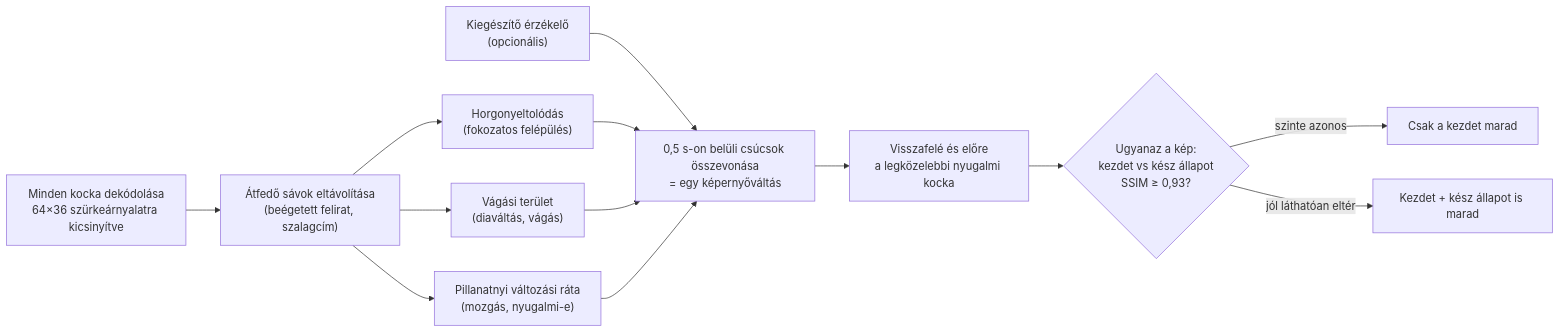
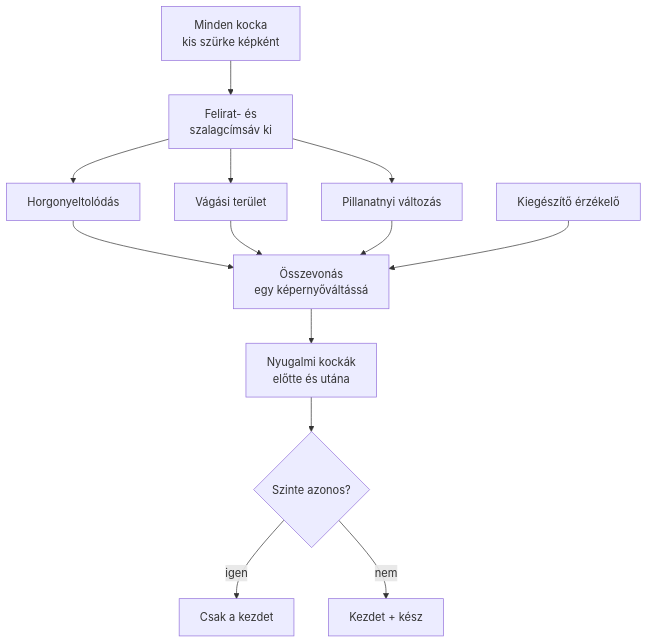
One commit to songyang8964/video-notes changed the fifth of 7 diagrams in README.hu.md. Above: the diagram before and after it, drawn with Mermaid. The commit also changed other lines of this file and 2 other files, not shown here.

Commit message:
README: usage first, short diagram labels, timeline as a table

````diff
--- a/README.hu.md
+++ b/README.hu.md
@@ -143,13 +366,13 @@
 ```mermaid
-flowchart LR
-    F["Minden kocka dekódolása<br/>64×36 szürkeárnyalatra kicsinyítve"] --> B["Átfedő sávok eltávolítása<br/>(beégetett felirat, szalagcím)"]
-    B --> S1["Horgonyeltolódás<br/>(fokozatos felépülés)"]
-    B --> S2["Vágási terület<br/>(diaváltás, vágás)"]
-    B --> S3["Pillanatnyi változási ráta<br/>(mozgás, nyugalmi-e)"]
-    AD["Kiegészítő érzékelő<br/>(opcionális)"] --> M
-    S1 & S2 & S3 --> M["0,5 s-on belüli csúcsok összevonása<br/>= egy képernyőváltás"]
-    M --> E["Visszafelé és előre<br/>a legközelebbi nyugalmi kocka"]
-    E --> K{"Ugyanaz a kép:<br/>kezdet vs kész állapot<br/>SSIM ≥ 0,93?"}
-    K -- szinte azonos --> ONE["Csak a kezdet marad"]
-    K -- jól láthatóan eltér --> TWO["Kezdet + kész állapot is marad"]
+flowchart TD
+    F["Minden kocka<br/>kis szürke képként"] --> B["Felirat- és<br/>szalagcímsáv ki"]
+    B --> S1["Horgonyeltolódás"]
+    B --> S2["Vágási terület"]
+    B --> S3["Pillanatnyi változás"]
+    S1 & S2 & S3 --> M["Összevonás<br/>egy képernyőváltássá"]
+    AD["Kiegészítő érzékelő"] --> M
+    M --> E["Nyugalmi kockák<br/>előtte és utána"]
+    E --> K{"Szinte azonos?"}
+    K -- igen --> ONE["Csak a kezdet"]
+    K -- nem --> TWO["Kezdet + kész"]
 ```
````
